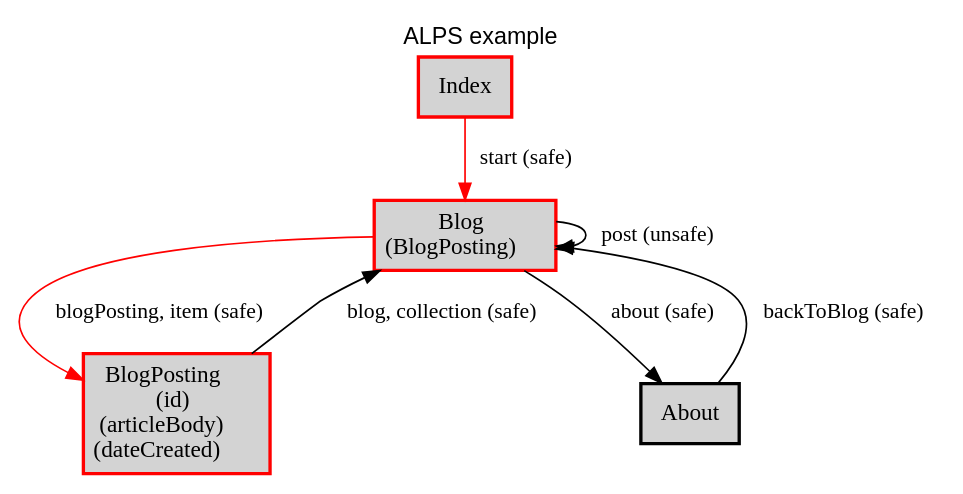
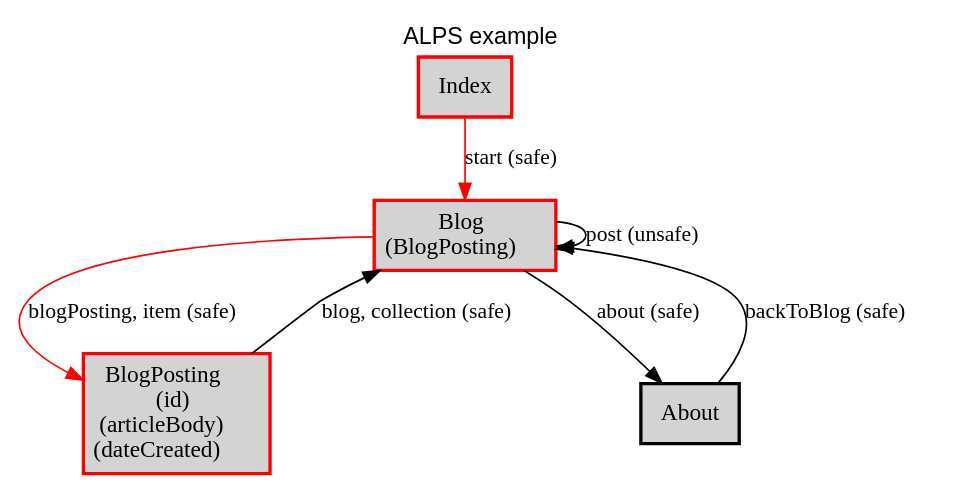
The diagram in docs/filter/tag_profile.dot (alps-asd/app-state-diagram), drawn with Graphviz before and after one commit. The commit also changed 24 other files, not shown here.

```diff
--- a/docs/filter/tag_profile.dot
+++ b/docs/filter/tag_profile.dot
@@ -1,23 +1,23 @@
 digraph application_state_diagram {
   graph [
     labelloc="t";
     fontname="Helvetica"
     label="ALPS example";
     URL="index.html" target="_parent"
   ];
   node [shape = box, style = "bold,filled" fillcolor="lightgray"];
 
     Blog [margin=0.02, label=<<table cellspacing="0" cellpadding="5" border="0"><tr><td>Blog<br />(BlogPosting)<br /></td></tr></table>>,shape=box URL="docs/semantic.Blog.html" target="_parent" color="red"]
     BlogPosting [margin=0.02, label=<<table cellspacing="0" cellpadding="5" border="0"><tr><td>BlogPosting<br />(id)<br />(articleBody)<br />(dateCreated)<br /></td></tr></table>>,shape=box URL="docs/semantic.BlogPosting.html" target="_parent" color="red"]
 
-    About -> Blog [label = "backToBlog (safe)" URL="docs/safe.backToBlog.html" target="_parent" fontsize=13];
-    Blog -> About [label = "about (safe)" URL="docs/safe.about.html" target="_parent" fontsize=13];
-    Blog -> Blog [label = "post (unsafe)" URL="docs/unsafe.post.html" target="_parent" fontsize=13];
-    Blog -> BlogPosting [label = "blogPosting, item (safe)" URL="docs/safe.blogPosting.html" target="_parent" fontsize=13 color="red"];
-    BlogPosting -> Blog [label = "blog, collection (safe)" URL="docs/safe.blog.html" target="_parent" fontsize=13];
-    Index -> Blog [label = "start (safe)" URL="docs/safe.start.html" target="_parent" fontsize=13 color="red"];
+    About -> Blog [label = <backToBlog (safe)> URL="docs/safe.backToBlog.html" target="_parent" fontsize=13];
+    Blog -> About [label = <about (safe)> URL="docs/safe.about.html" target="_parent" fontsize=13];
+    Blog -> Blog [label = <post (unsafe)> URL="docs/unsafe.post.html" target="_parent" fontsize=13];
+    Blog -> BlogPosting [label = <blogPosting, item (safe)> URL="docs/safe.blogPosting.html" target="_parent" fontsize=13 color="red"];
+    BlogPosting -> Blog [label = <blog, collection (safe)> URL="docs/safe.blog.html" target="_parent" fontsize=13];
+    Index -> Blog [label = <start (safe)> URL="docs/safe.start.html" target="_parent" fontsize=13 color="red"];
 
-    Index [URL="docs/semantic.Index.html" target="_parent" color="red"]
-    About [URL="docs/semantic.About.html" target="_parent"]
+    Index [label = <Index> URL="docs/semantic.Index.html" target="_parent" color="red"]
+    About [label = <About> URL="docs/semantic.About.html" target="_parent"]
 
 }
```
